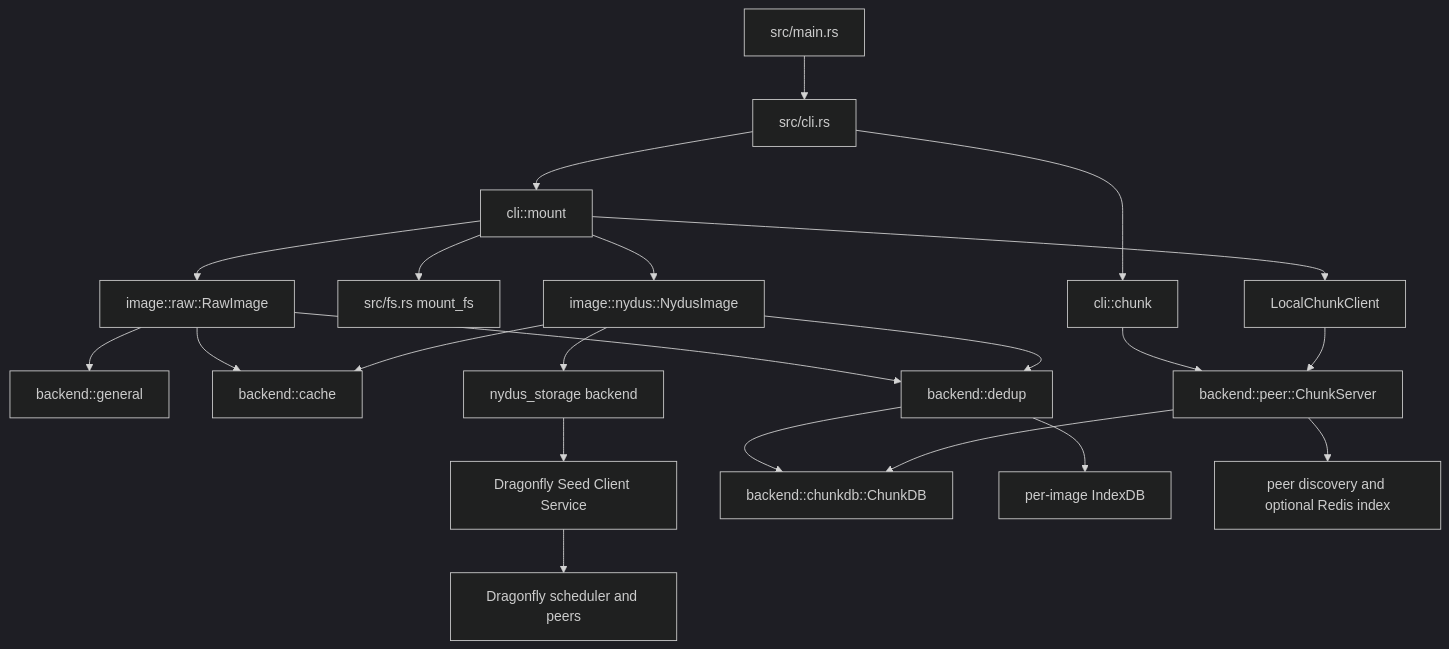
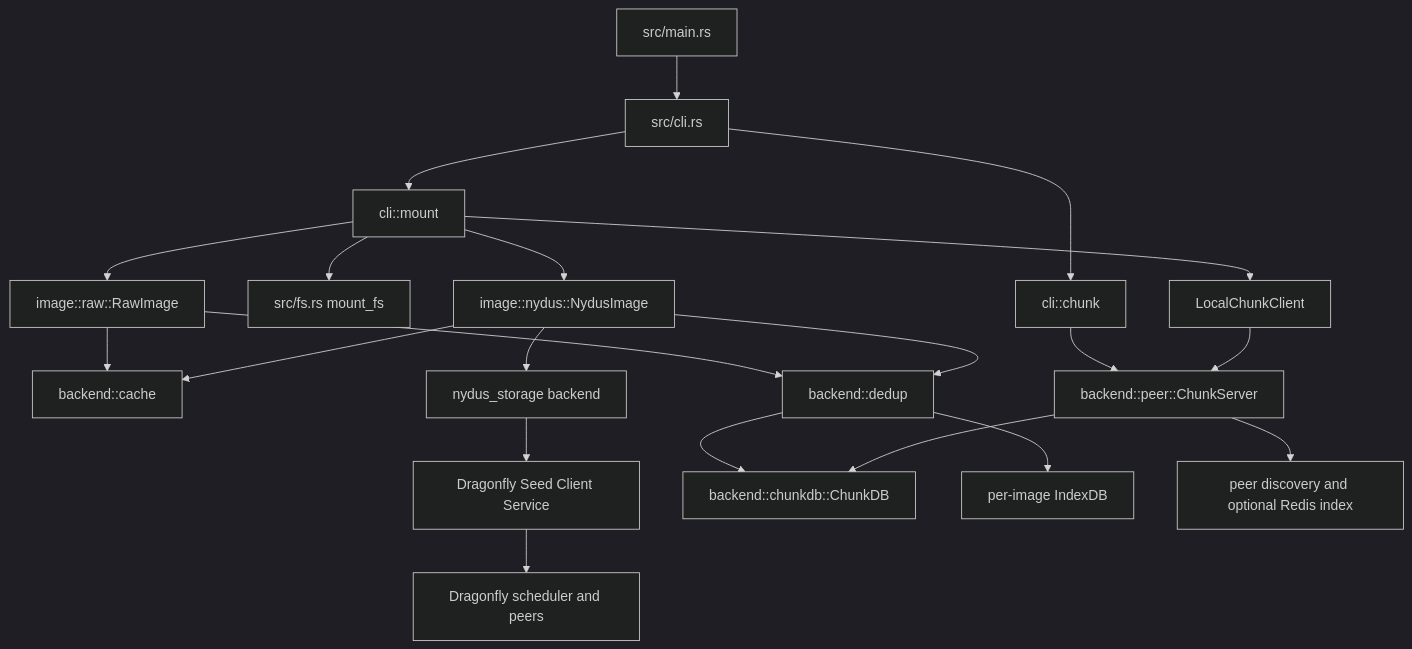
One commit to cofy-x/axern changed the first of 4 diagrams in runtime/imagefsd/docs/architecture.md. Above: the diagram before and after it, drawn with Mermaid (dark theme). The commit also changed other lines of this file and 120 other files, not shown here.

````diff
--- a/runtime/imagefsd/docs/architecture.md
+++ b/runtime/imagefsd/docs/architecture.md
@@ -12,28 +12,27 @@
 ```mermaid
 flowchart TB
     Main["src/main.rs"] --> CLI["src/cli.rs"]
     CLI --> MountCmd["cli::mount"]
     CLI --> ChunkCmd["cli::chunk"]
 
     MountCmd --> FS["src/fs.rs mount_fs"]
     MountCmd --> Raw["image::raw::RawImage"]
     MountCmd --> Nydus["image::nydus::NydusImage"]
 
-    Raw --> GeneralBackend["backend::general"]
     Raw --> Cache["backend::cache"]
     Nydus --> NydusBackend["nydus_storage backend"]
     Nydus --> Cache
     NydusBackend --> Dragonfly["Dragonfly Seed Client Service"]
     Dragonfly --> Scheduler["Dragonfly scheduler and peers"]
 
     Raw --> Dedup["backend::dedup"]
     Nydus --> Dedup
     Dedup --> ChunkDB["backend::chunkdb::ChunkDB"]
     Dedup --> IndexDB["per-image IndexDB"]
 
     ChunkCmd --> ChunkServer["backend::peer::ChunkServer"]
     ChunkServer --> ChunkDB
     ChunkServer --> Peer["peer discovery and optional Redis index"]
     MountCmd --> LocalChunk["LocalChunkClient"]
     LocalChunk --> ChunkServer
 ```
````
